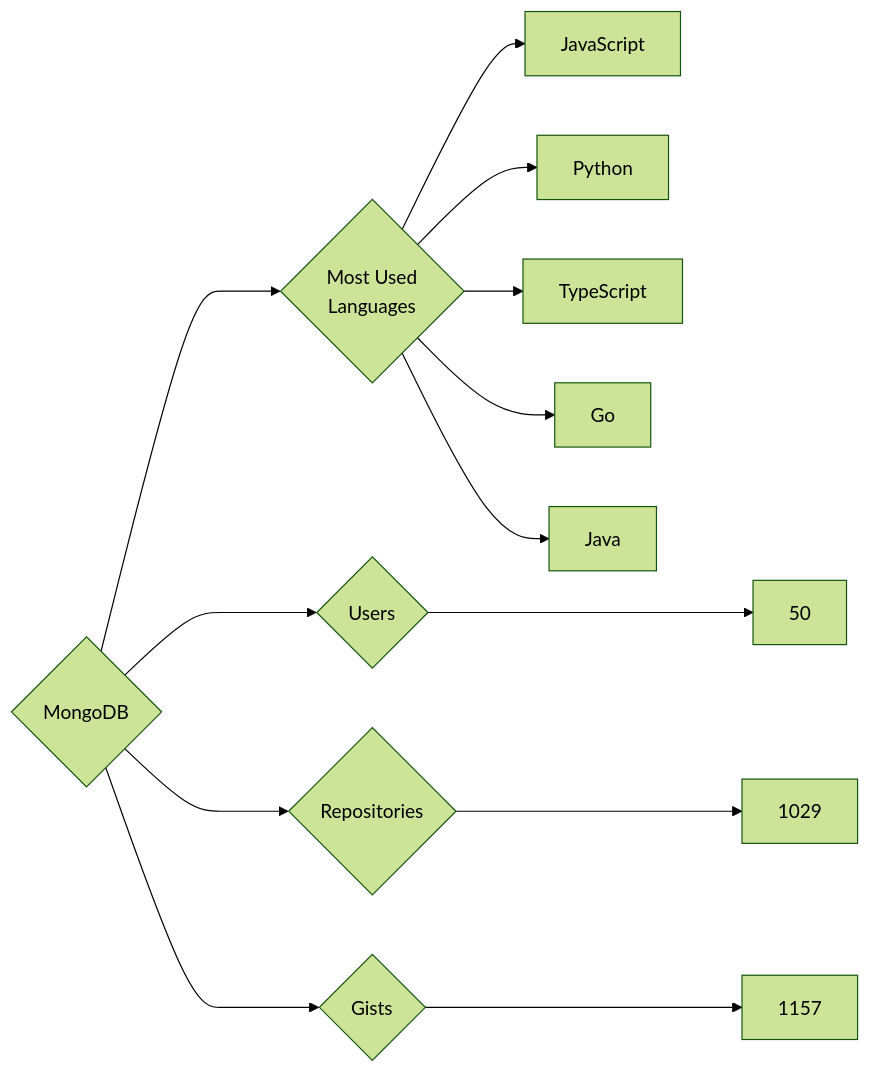
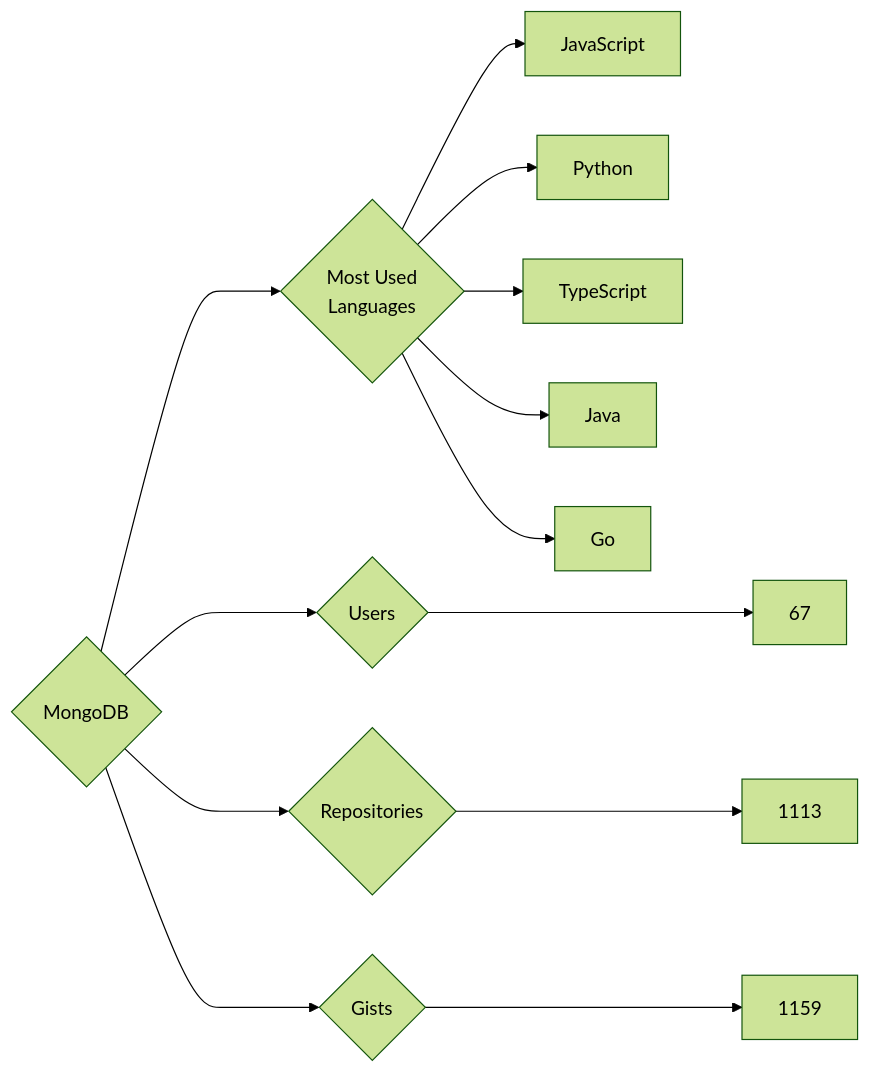
Before and after one commit to trickest/insiders: the diagram in targets/MongoDB/README.md, drawn with Mermaid (forest theme). The commit also changed 1011 other files, not shown here.

````diff
--- a/targets/MongoDB/README.md
+++ b/targets/MongoDB/README.md
@@ -3,13 +3,13 @@
 ```mermaid
 graph LR
 COMPANY_NAME{MongoDB}
-COMPANY_NAME ---> U{Users} ---> UN[50]
-COMPANY_NAME ---> R{Repositories} ---> RN[1029]
-COMPANY_NAME ---> G{Gists} ---> GN[1157]
+COMPANY_NAME ---> U{Users} ---> UN[67]
+COMPANY_NAME ---> R{Repositories} ---> RN[1113]
+COMPANY_NAME ---> G{Gists} ---> GN[1159]
 COMPANY_NAME ---> ML{Most Used<br>Languages}
 ML --> JavaScript[JavaScript]
 ML --> Python[Python]
 ML --> TypeScript[TypeScript]
+ML --> Java[Java]
 ML --> Go[Go]
-ML --> Java[Java]
 ```
````
